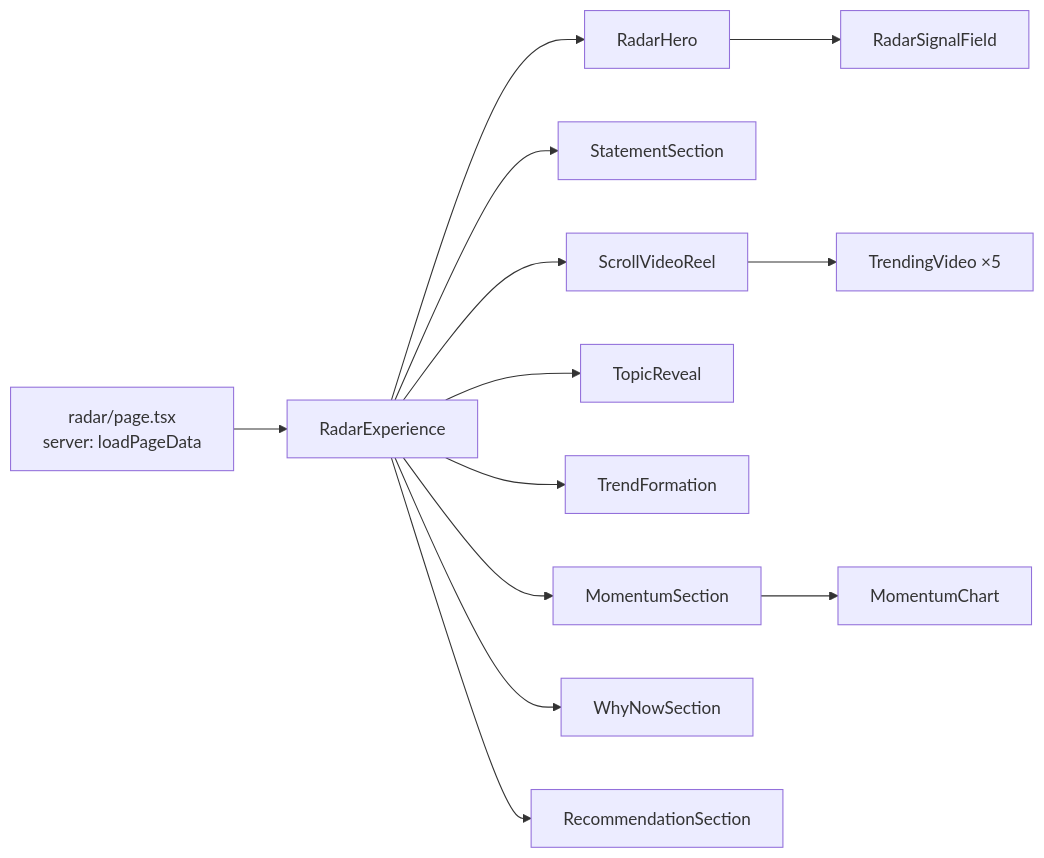
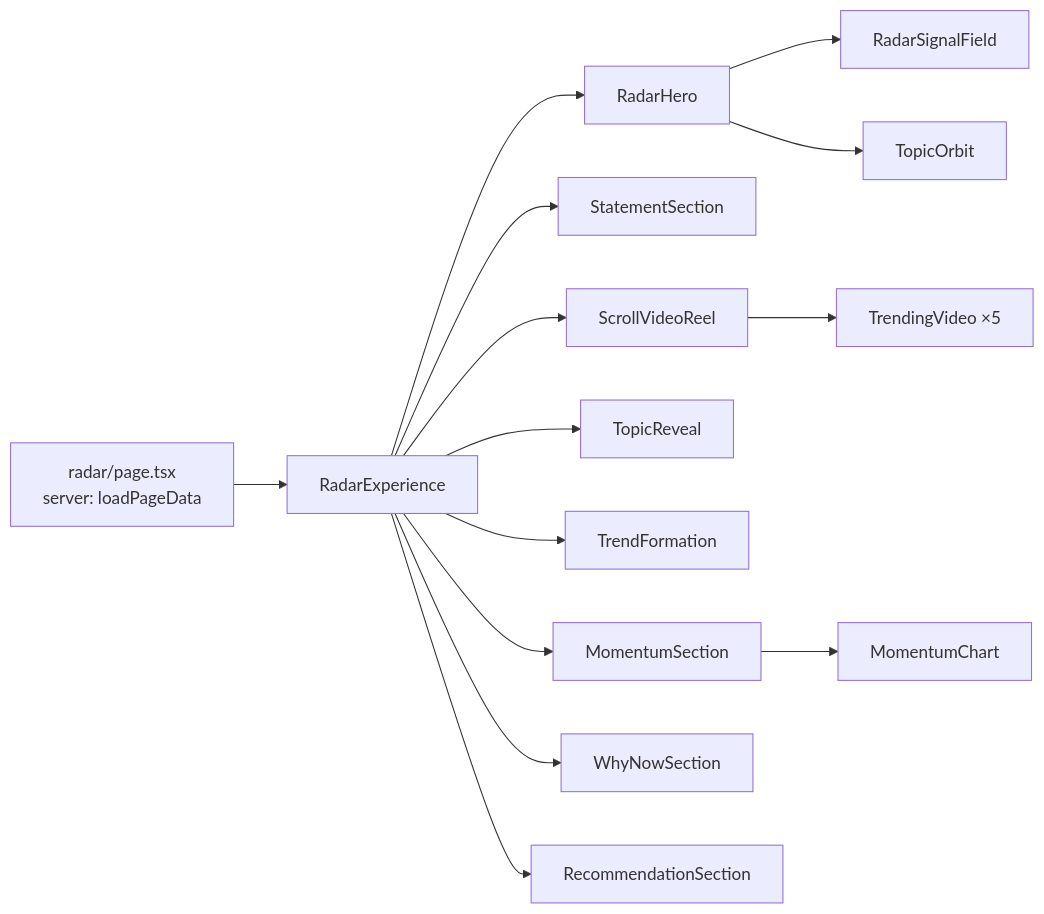
The fourth of 6 diagrams in COMPONENTS_MAP.md (gauravkumar-alt/TREND_RADAR), drawn with Mermaid before and after one commit. The commit also changed other lines of this file, not shown here.

Commit message:
Update Components Map: topic orbit, score ring, side rail, Brief motion, phone scenes, theme toggle, motion system

````diff
--- a/COMPONENTS_MAP.md
+++ b/COMPONENTS_MAP.md
@@ -91,12 +91,13 @@
 ```mermaid
 flowchart LR
     page[radar/page.tsx<br/>server: loadPageData] --> RE[RadarExperience]
     RE --> RH[RadarHero] --> RSF[RadarSignalField]
+    RH --> TOB[TopicOrbit]
     RE --> SS[StatementSection]
     RE --> SVR[ScrollVideoReel] --> TV[TrendingVideo ×5]
     RE --> TR[TopicReveal]
     RE --> TF[TrendFormation]
     RE --> MS[MomentumSection] --> MC[MomentumChart]
     RE --> WN[WhyNowSection]
     RE --> RS[RecommendationSection]
 ```
````
